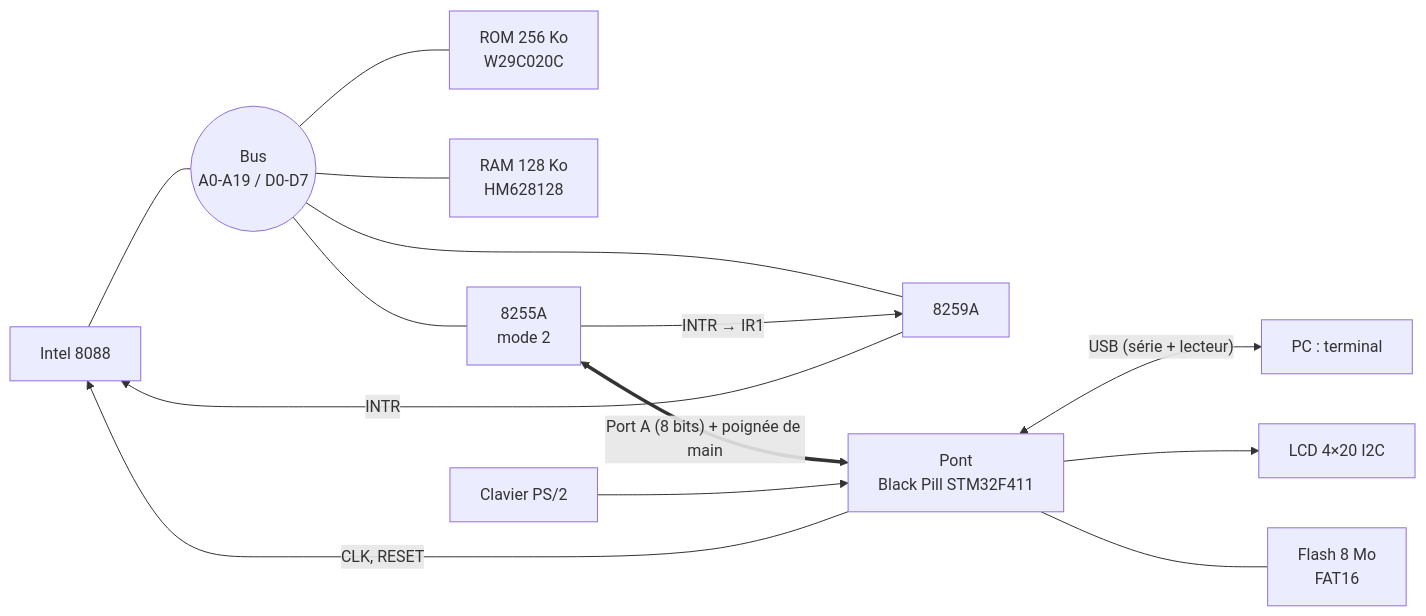
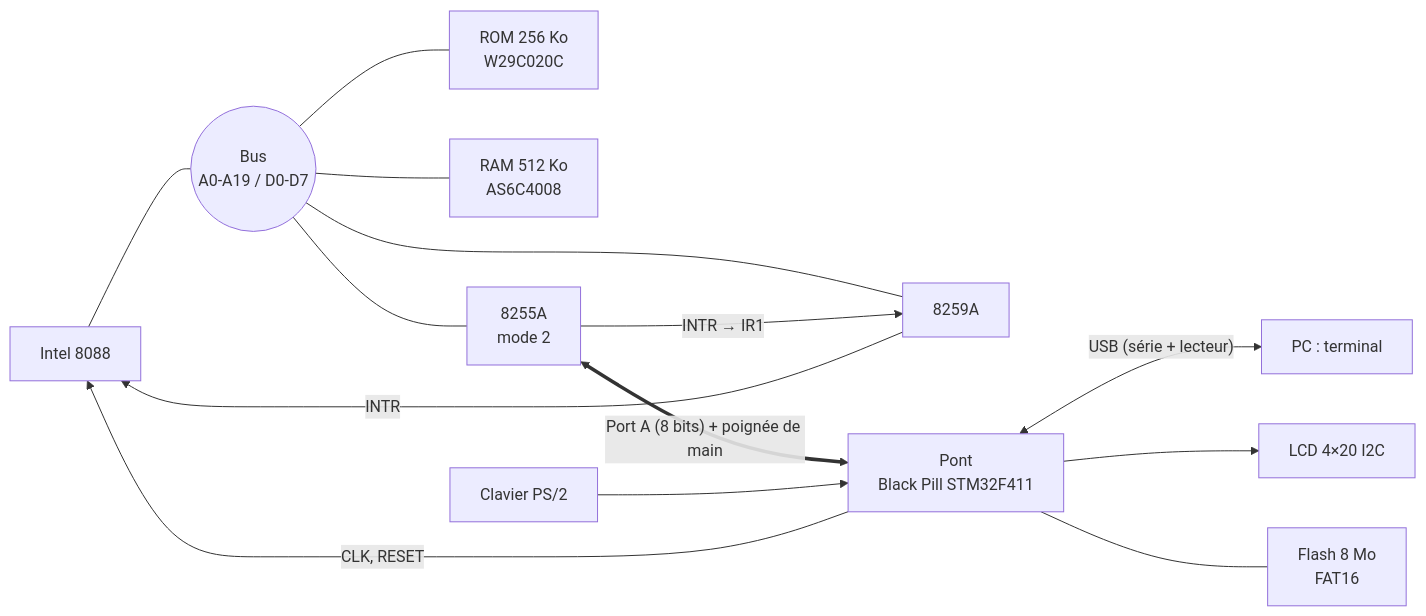
Before and after one commit to ve2cuy/breadboard-PC: the diagram in README_fr.md, drawn with Mermaid. The commit also changed other lines of this file and 16 other files, not shown here.

First line of the commit message:
Documentation a jour, animation des signaux, schema KiCad; UTF-8 au terminal; pont 1.6 en rafale

````diff
--- a/README_fr.md
+++ b/README_fr.md
@@ -48,16 +67,16 @@
 ```mermaid
 flowchart LR
     CPU["Intel 8088"] --- BUS(("Bus<br>A0-A19 / D0-D7"))
     BUS --- ROM["ROM 256 Ko<br>W29C020C"]
-    BUS --- RAM["RAM 128 Ko<br>HM628128"]
+    BUS --- RAM["RAM 512 Ko<br>AS6C4008"]
     BUS --- PIO["8255A<br>mode 2"]
     BUS --- PIC["8259A"]
     PIO -- "INTR → IR1" --> PIC
     PIC -- INTR --> CPU
     PIO <== "Port A (8 bits) + poignée de main" ==> PONT["Pont<br>Black Pill STM32F411"]
     PONT -- "CLK, RESET" --> CPU
     KBD["Clavier PS/2"] --> PONT
     PONT <-- "USB (série + lecteur)" --> PC["PC : terminal"]
     PONT --> LCD["LCD 4×20 I2C"]
     PONT --- FLASH["Flash 8 Mo<br>FAT16"]
 ```
````
